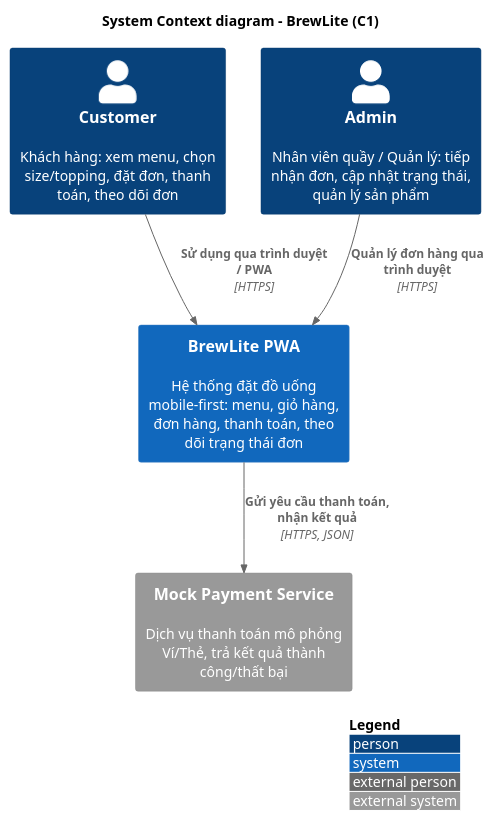
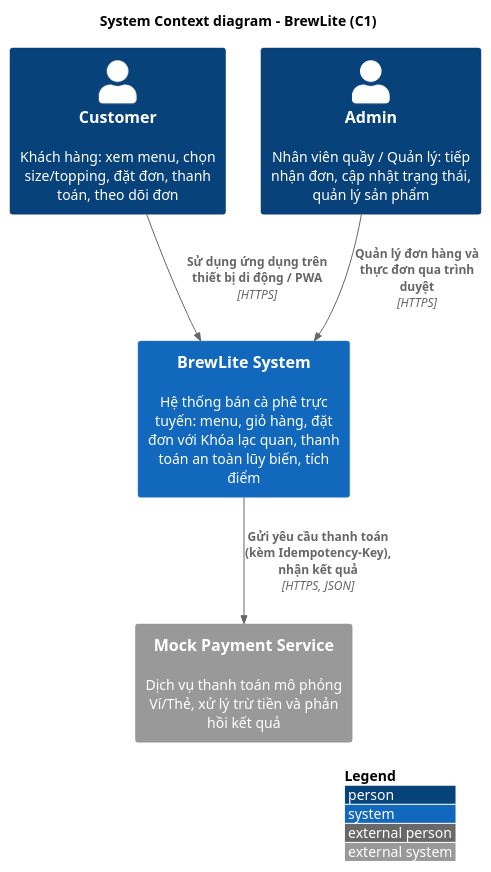
Before and after one commit to sotsoatchamcom/brewlite1: the diagram in docs/diagrams/c4-context.puml, drawn with PlantUML. The commit also changed 6 other files, not shown here.

Commit message:
docs(architecture): update C4 diagrams to PNG and finalize technical specs

```diff
--- a/docs/diagrams/c4-context.puml
+++ b/docs/diagrams/c4-context.puml
@@ -1,20 +1,20 @@
 @startuml c4-context
 !include <C4/C4_Context>
 
 LAYOUT_TOP_DOWN()
 LAYOUT_WITH_LEGEND()
 
 title System Context diagram – BrewLite (C1)
 
 Person(customer, "Customer", "Khách hàng: xem menu, chọn size/topping, đặt đơn, thanh toán, theo dõi đơn")
 Person(admin, "Admin", "Nhân viên quầy / Quản lý: tiếp nhận đơn, cập nhật trạng thái, quản lý sản phẩm")
 
-System(brewlite, "BrewLite PWA", "Hệ thống đặt đồ uống mobile-first: menu, giỏ hàng, đơn hàng, thanh toán, theo dõi trạng thái đơn")
+System(brewlite, "BrewLite System", "Hệ thống bán cà phê trực tuyến: menu, giỏ hàng, đặt đơn với Khóa lạc quan, thanh toán an toàn lũy biến, tích điểm")
 
-System_Ext(payment, "Mock Payment Service", "Dịch vụ thanh toán mô phỏng Ví/Thẻ, trả kết quả thành công/thất bại")
+System_Ext(payment, "Mock Payment Service", "Dịch vụ thanh toán mô phỏng Ví/Thẻ, xử lý trừ tiền và phản hồi kết quả")
 
-Rel(customer, brewlite, "Sử dụng qua trình duyệt / PWA", "HTTPS")
-Rel(admin, brewlite, "Quản lý đơn hàng qua trình duyệt", "HTTPS")
-Rel(brewlite, payment, "Gửi yêu cầu thanh toán, nhận kết quả", "HTTPS, JSON")
+Rel(customer, brewlite, "Sử dụng ứng dụng trên thiết bị di động / PWA", "HTTPS")
+Rel(admin, brewlite, "Quản lý đơn hàng và thực đơn qua trình duyệt", "HTTPS")
+Rel(brewlite, payment, "Gửi yêu cầu thanh toán (kèm Idempotency-Key), nhận kết quả", "HTTPS, JSON")
 
 @enduml
```
